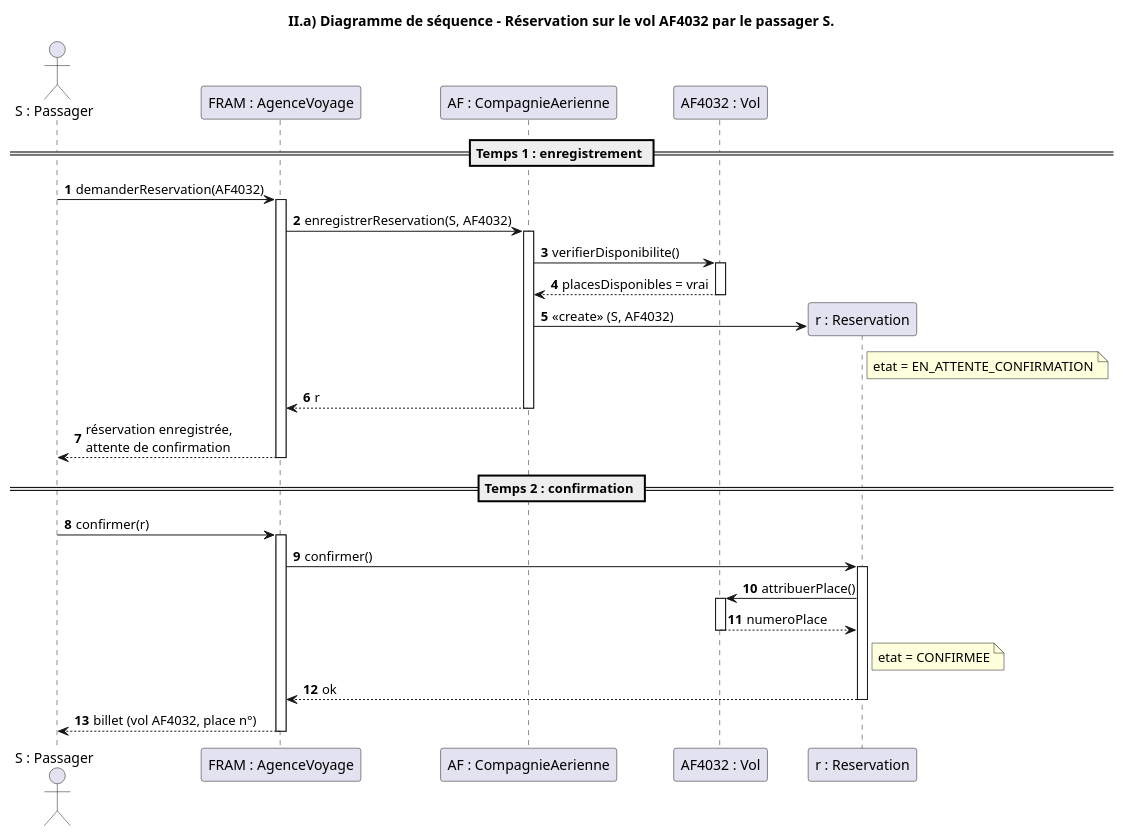
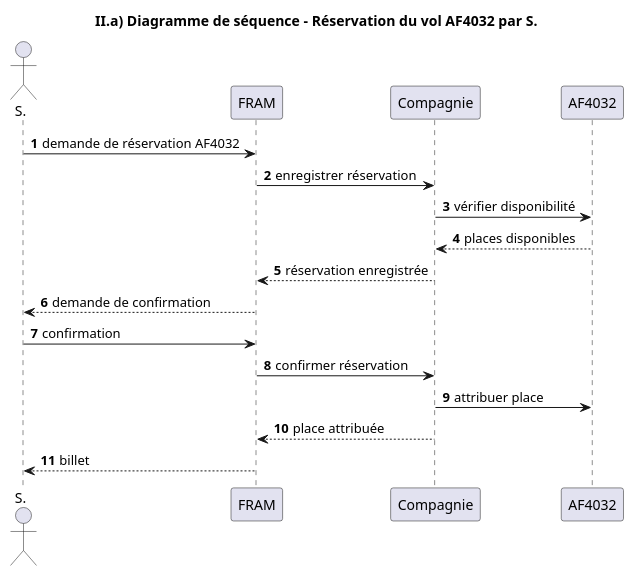
The diagram in TD1-UML/src/2a_diagramme_sequence.puml (BambaXYZ/TP-C), drawn with PlantUML before and after one commit. The commit also changed 12 other files, not shown here.

First line of the commit message:
TD1 UML : noms simples directement sur les diagrammes

```diff
--- a/TD1-UML/src/2a_diagramme_sequence.puml
+++ b/TD1-UML/src/2a_diagramme_sequence.puml
@@ -1,40 +1,20 @@
 @startuml diagramme_sequence
-title II.a) Diagramme de séquence - Réservation sur le vol AF4032 par le passager S.
+title II.a) Diagramme de séquence - Réservation du vol AF4032 par S.
 autonumber
-actor "S : Passager" as S
-participant "FRAM : AgenceVoyage" as FRAM
-participant "AF : CompagnieAerienne" as AF
-participant "AF4032 : Vol" as V
-participant "r : Reservation" as R
+actor "S." as S
+participant "FRAM" as FRAM
+participant "Compagnie" as AF
+participant "AF4032" as V
 
-== Temps 1 : enregistrement ==
-S -> FRAM : demanderReservation(AF4032)
-activate FRAM
-FRAM -> AF : enregistrerReservation(S, AF4032)
-activate AF
-AF -> V : verifierDisponibilite()
-activate V
-V --> AF : placesDisponibles = vrai
-deactivate V
-AF -> R ** : <<create>> (S, AF4032)
-note right of R : etat = EN_ATTENTE_CONFIRMATION
-AF --> FRAM : r
-deactivate AF
-FRAM --> S : réservation enregistrée,\nattente de confirmation
-deactivate FRAM
-
-== Temps 2 : confirmation ==
-S -> FRAM : confirmer(r)
-activate FRAM
-FRAM -> R : confirmer()
-activate R
-R -> V : attribuerPlace()
-activate V
-V --> R : numeroPlace
-deactivate V
-note right of R : etat = CONFIRMEE
-R --> FRAM : ok
-deactivate R
-FRAM --> S : billet (vol AF4032, place n°)
-deactivate FRAM
+S -> FRAM : demande de réservation AF4032
+FRAM -> AF : enregistrer réservation
+AF -> V : vérifier disponibilité
+V --> AF : places disponibles
+AF --> FRAM : réservation enregistrée
+FRAM --> S : demande de confirmation
+S -> FRAM : confirmation
+FRAM -> AF : confirmer réservation
+AF -> V : attribuer place
+AF --> FRAM : place attribuée
+FRAM --> S : billet
 @enduml
```
